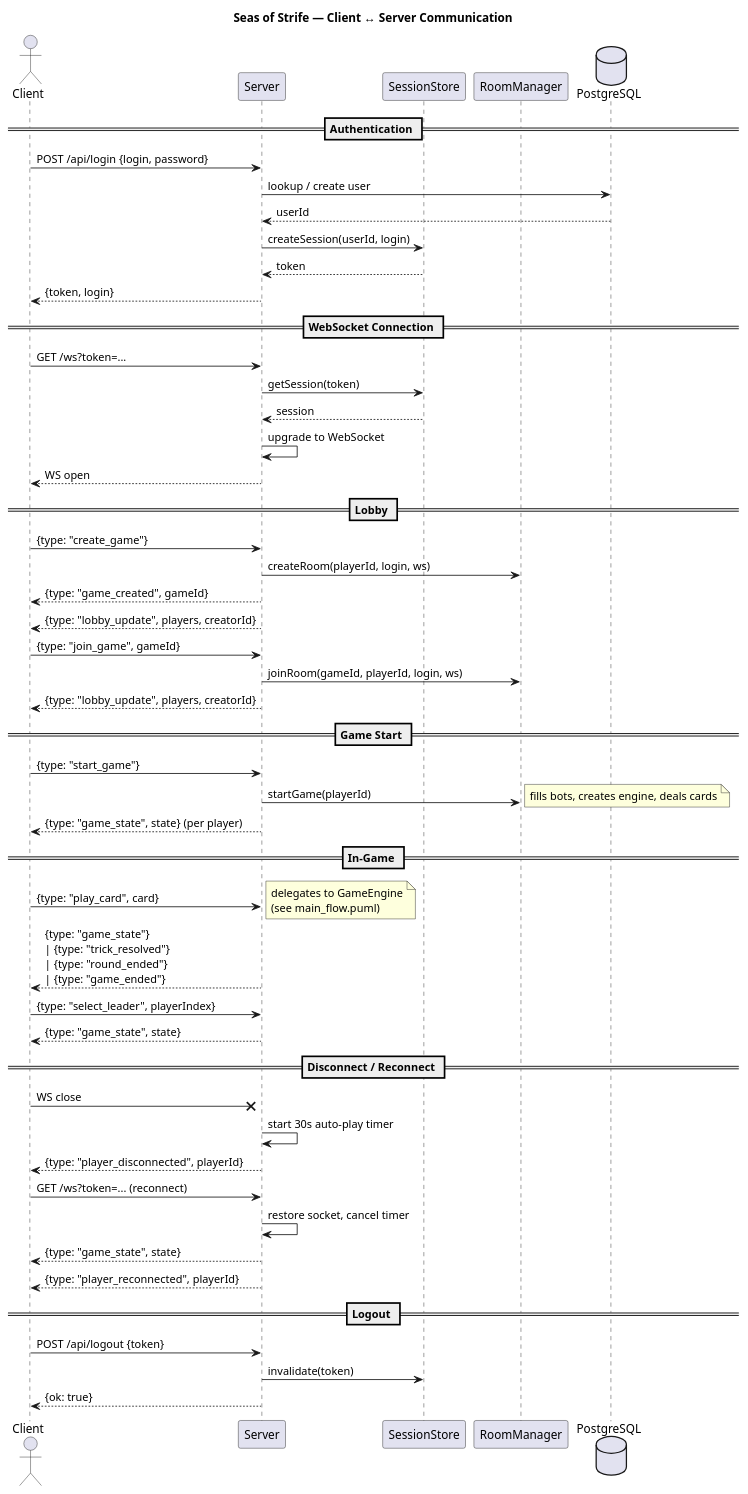
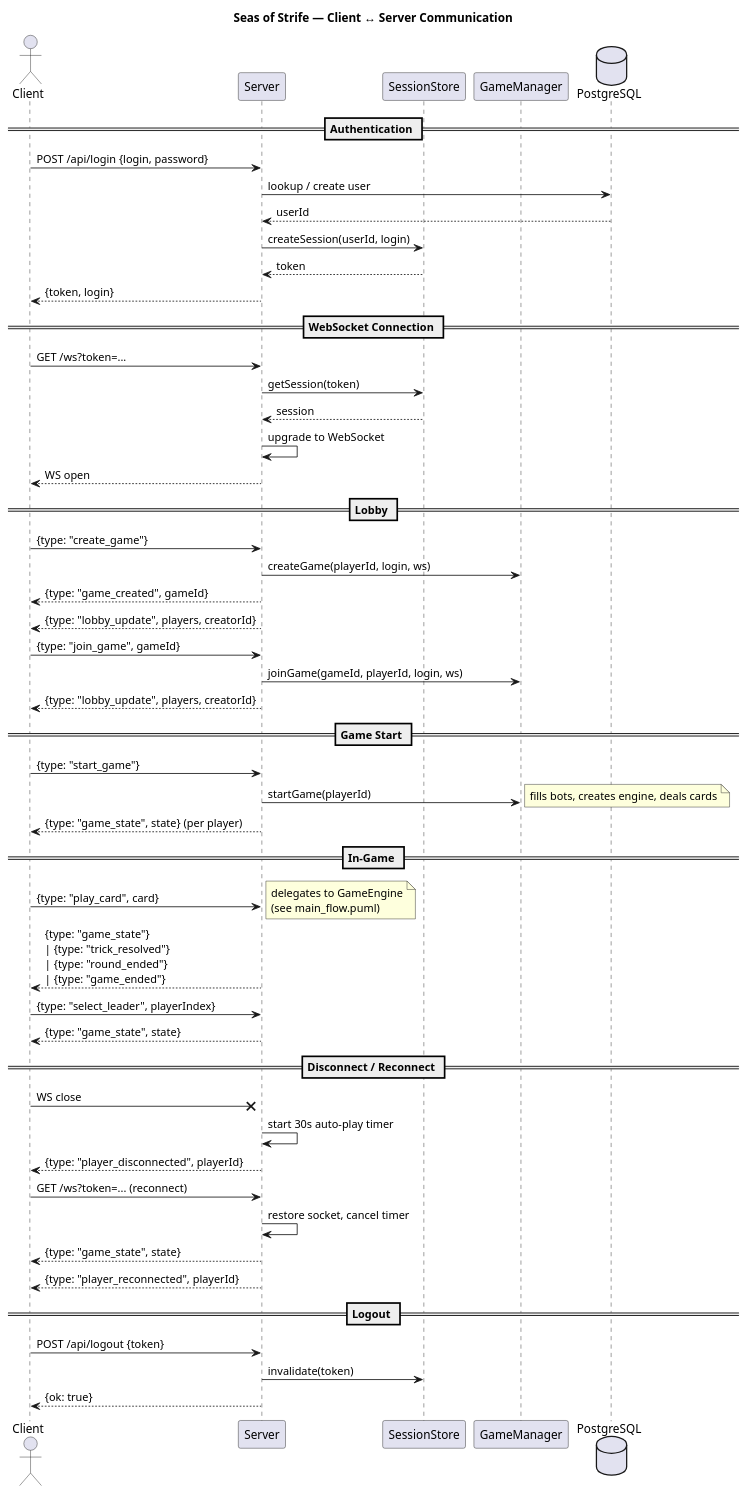
Before and after one commit to render1980/seas-of-strife: the diagram in docs/diagrams/client_to_server.puml, drawn with PlantUML. The commit also changed 11 other files, not shown here.

Commit message:
Rename: RoomManager -> GameManager

```diff
--- a/docs/diagrams/client_to_server.puml
+++ b/docs/diagrams/client_to_server.puml
@@ -1,71 +1,71 @@
 @startuml client_to_server
 title Seas of Strife — Client ↔ Server Communication
 
 actor Client
 participant Server
 participant SessionStore
-participant RoomManager
+participant GameManager
 database PostgreSQL as DB
 
 == Authentication ==
 
 Client -> Server : POST /api/login {login, password}
 Server -> DB : lookup / create user
 DB --> Server : userId
 Server -> SessionStore : createSession(userId, login)
 SessionStore --> Server : token
 Server --> Client : {token, login}
 
 == WebSocket Connection ==
 
 Client -> Server : GET /ws?token=...
 Server -> SessionStore : getSession(token)
 SessionStore --> Server : session
 Server -> Server : upgrade to WebSocket
 Server --> Client : WS open
 
 == Lobby ==
 
 Client -> Server : {type: "create_game"}
-Server -> RoomManager : createRoom(playerId, login, ws)
+Server -> GameManager : createGame(playerId, login, ws)
 Server --> Client : {type: "game_created", gameId}
 Server --> Client : {type: "lobby_update", players, creatorId}
 
 Client -> Server : {type: "join_game", gameId}
-Server -> RoomManager : joinRoom(gameId, playerId, login, ws)
+Server -> GameManager : joinGame(gameId, playerId, login, ws)
 Server --> Client : {type: "lobby_update", players, creatorId}
 
 == Game Start ==
 
 Client -> Server : {type: "start_game"}
-Server -> RoomManager : startGame(playerId)
+Server -> GameManager : startGame(playerId)
 note right: fills bots, creates engine, deals cards
 Server --> Client : {type: "game_state", state} (per player)
 
 == In-Game ==
 
 Client -> Server : {type: "play_card", card}
 note right: delegates to GameEngine\n(see main_flow.puml)
 Server --> Client : {type: "game_state"}\n| {type: "trick_resolved"}\n| {type: "round_ended"}\n| {type: "game_ended"}
 
 Client -> Server : {type: "select_leader", playerIndex}
 Server --> Client : {type: "game_state", state}
 
 == Disconnect / Reconnect ==
 
 Client ->x Server : WS close
 Server -> Server : start 30s auto-play timer
 Server --> Client : {type: "player_disconnected", playerId}
 
 Client -> Server : GET /ws?token=... (reconnect)
 Server -> Server : restore socket, cancel timer
 Server --> Client : {type: "game_state", state}
 Server --> Client : {type: "player_reconnected", playerId}
 
 == Logout ==
 
 Client -> Server : POST /api/logout {token}
 Server -> SessionStore : invalidate(token)
 Server --> Client : {ok: true}
 
 @enduml
```
